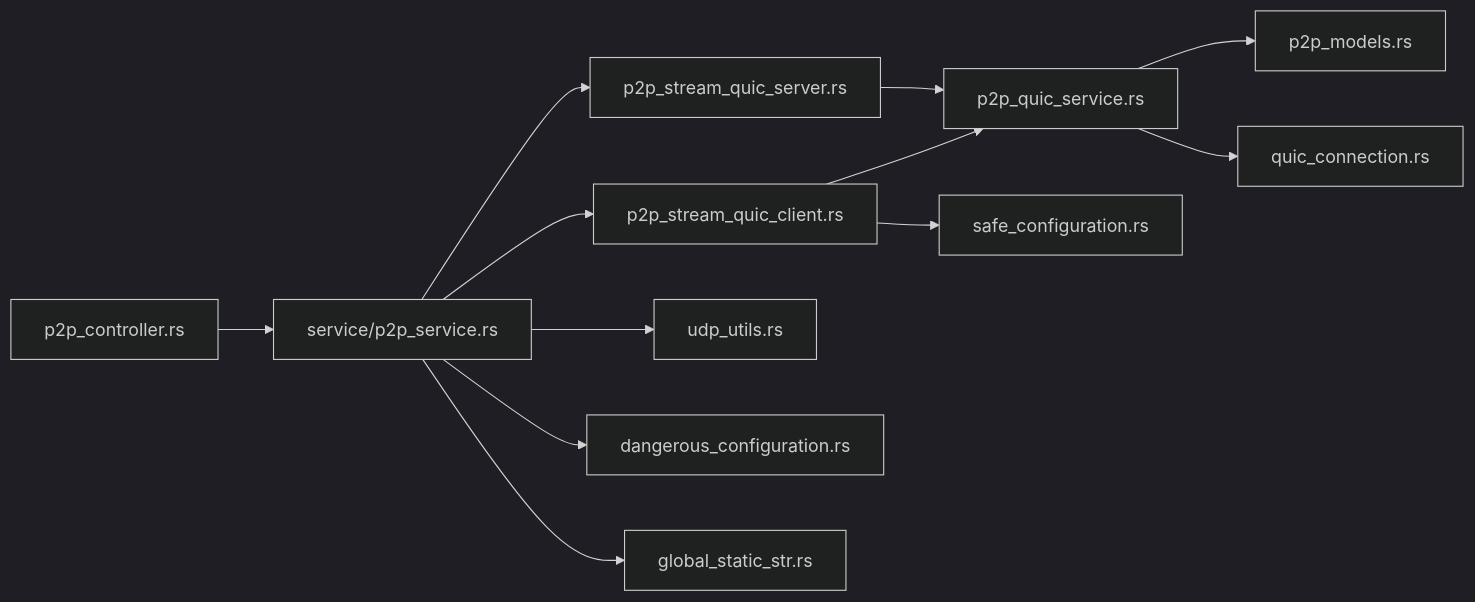
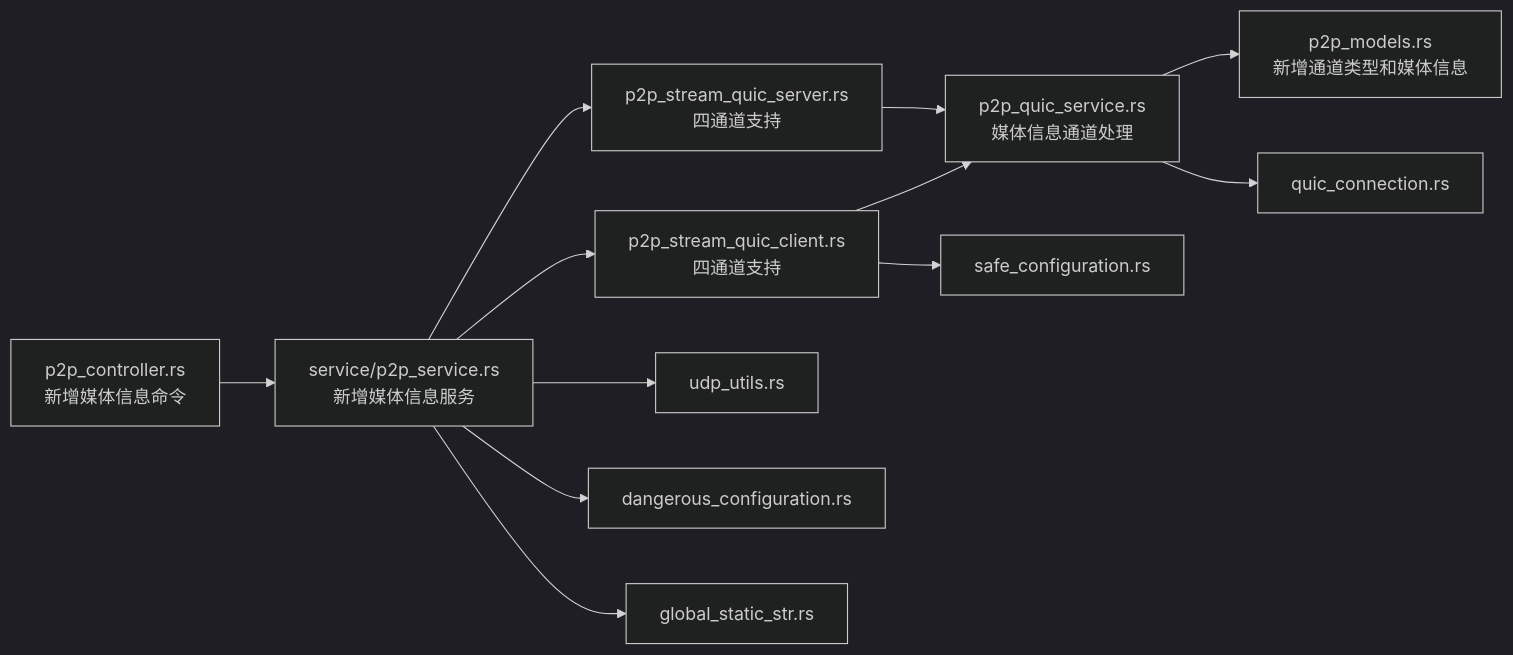
The tenth of 13 diagrams in .qoder/repowiki/zh/content/后端服务/P2P服务.md (nicolastinger/only-talk-app), drawn with Mermaid (dark theme) before and after one commit. The commit also changed other lines of this file and 12 other files, not shown here.

````diff
--- a/.qoder/repowiki/zh/content/后端服务/P2P服务.md
+++ b/.qoder/repowiki/zh/content/后端服务/P2P服务.md
@@ -422,14 +497,14 @@
 ```mermaid
 graph LR
-CMD["p2p_controller.rs"] --> SVC["service/p2p_service.rs"]
-SVC --> CLI["p2p_stream_quic_client.rs"]
-SVC --> SRV["p2p_stream_quic_server.rs"]
-CLI --> CORE["p2p_quic_service.rs"]
+CMD["p2p_controller.rs<br/>新增媒体信息命令"] --> SVC["service/p2p_service.rs<br/>新增媒体信息服务"]
+SVC --> CLI["p2p_stream_quic_client.rs<br/>四通道支持"]
+SVC --> SRV["p2p_stream_quic_server.rs<br/>四通道支持"]
+CLI --> CORE["p2p_quic_service.rs<br/>媒体信息通道处理"]
 SRV --> CORE
 SVC --> UDP["udp_utils.rs"]
-CORE --> MODELS["p2p_models.rs"]
+CORE --> MODELS["p2p_models.rs<br/>新增通道类型和媒体信息"]
 SVC --> CFG_D["dangerous_configuration.rs"]
 CLI --> CFG_S["safe_configuration.rs"]
 CORE --> QCONN["quic_connection.rs"]
 SVC --> GLOB["global_static_str.rs"]
 ```
````
